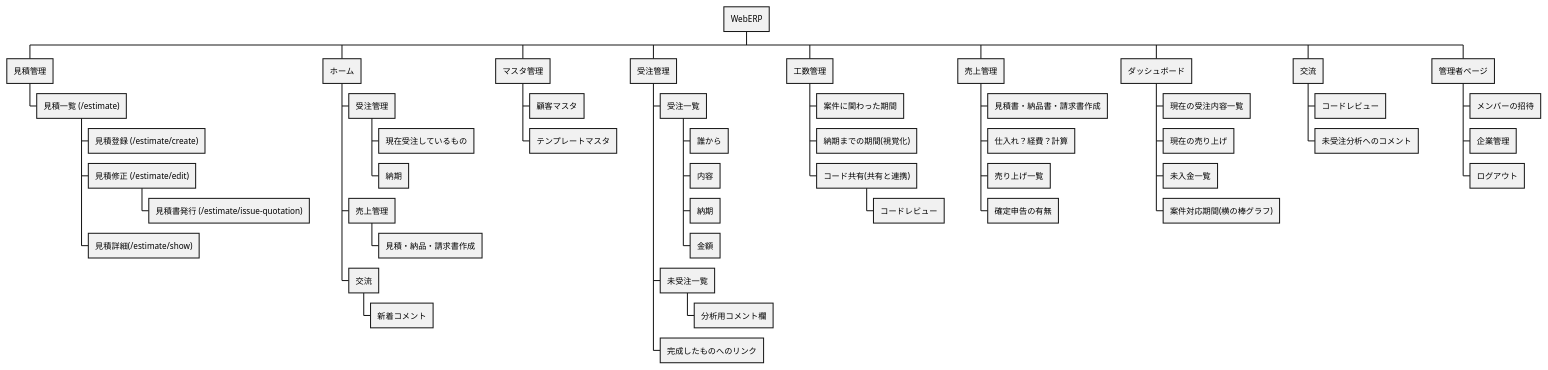
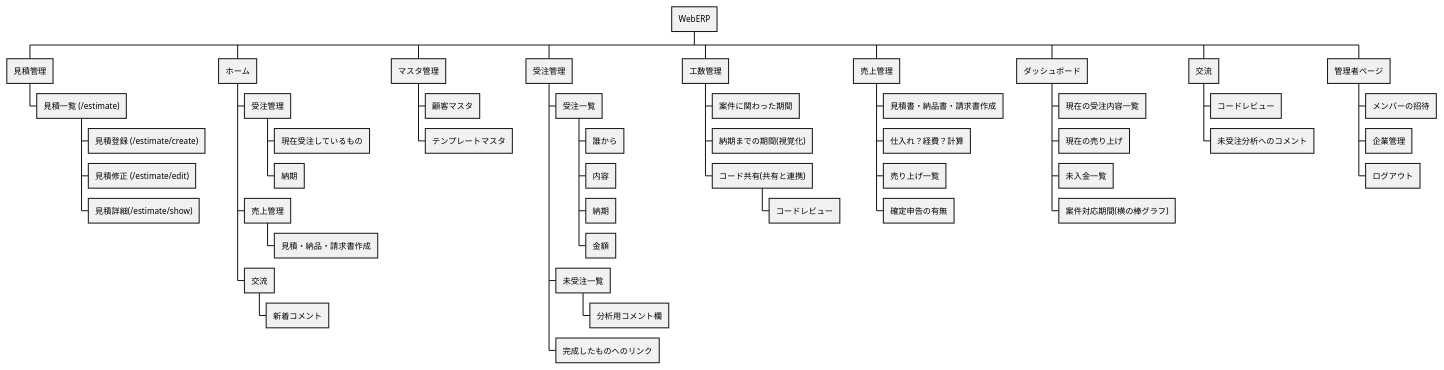
The diagram in docs/SiteMap.puml (CoopTechOrg/WebERP), drawn with PlantUML before and after one commit.

Commit message:
Modify Sitemap.puml '見積書発行'削除

```diff
--- a/docs/SiteMap.puml
+++ b/docs/SiteMap.puml
@@ -1,63 +1,62 @@
 @startwbs
 'https://plantuml.com/wbs-diagram
 
 * WebERP
 
 ** 見積管理
 *** 見積一覧 (/estimate)
 **** 見積登録 (/estimate/create)
 **** 見積修正 (/estimate/edit)
-***** 見積書発行 (/estimate/issue-quotation)
 **** 見積詳細(/estimate/show)
 
 ** ホーム
 *** 受注管理
 **** 現在受注しているもの
 **** 納期
 
 *** 売上管理
 **** 見積・納品・請求書作成
 *** 交流
 **** 新着コメント
 
 ** マスタ管理
 *** 顧客マスタ
 *** テンプレートマスタ
 
 ** 受注管理
 *** 受注一覧
 **** 誰から
 **** 内容
 **** 納期
 **** 金額
 *** 未受注一覧
 **** 分析用コメント欄
 *** 完成したものへのリンク
 
 ** 工数管理
 *** 案件に関わった期間
 *** 納期までの期間(視覚化)
 *** コード共有(共有と連携)
 **** コードレビュー
 
 ** 売上管理
 *** 見積書・納品書・請求書作成
 *** 仕入れ？経費？計算
 *** 売り上げ一覧
 *** 確定申告の有無
 
 ** ダッシュボード
 *** 現在の受注内容一覧
 *** 現在の売り上げ
 *** 未入金一覧
 *** 案件対応期間(横の棒グラフ)
 
 ** 交流
 *** コードレビュー
 *** 未受注分析へのコメント
 
 ** 管理者ページ
 *** メンバーの招待
 *** 企業管理
 *** ログアウト
 @endwbs
```
